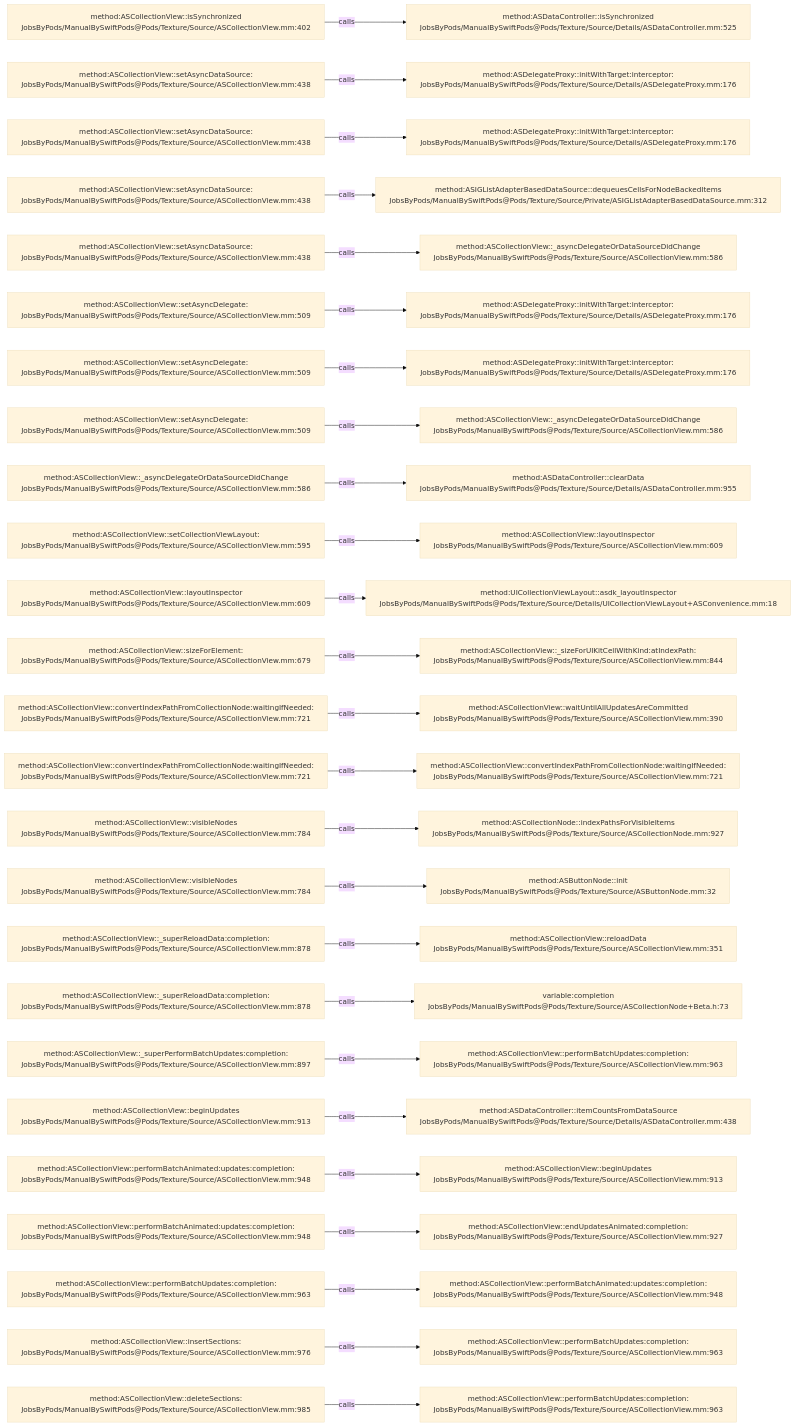
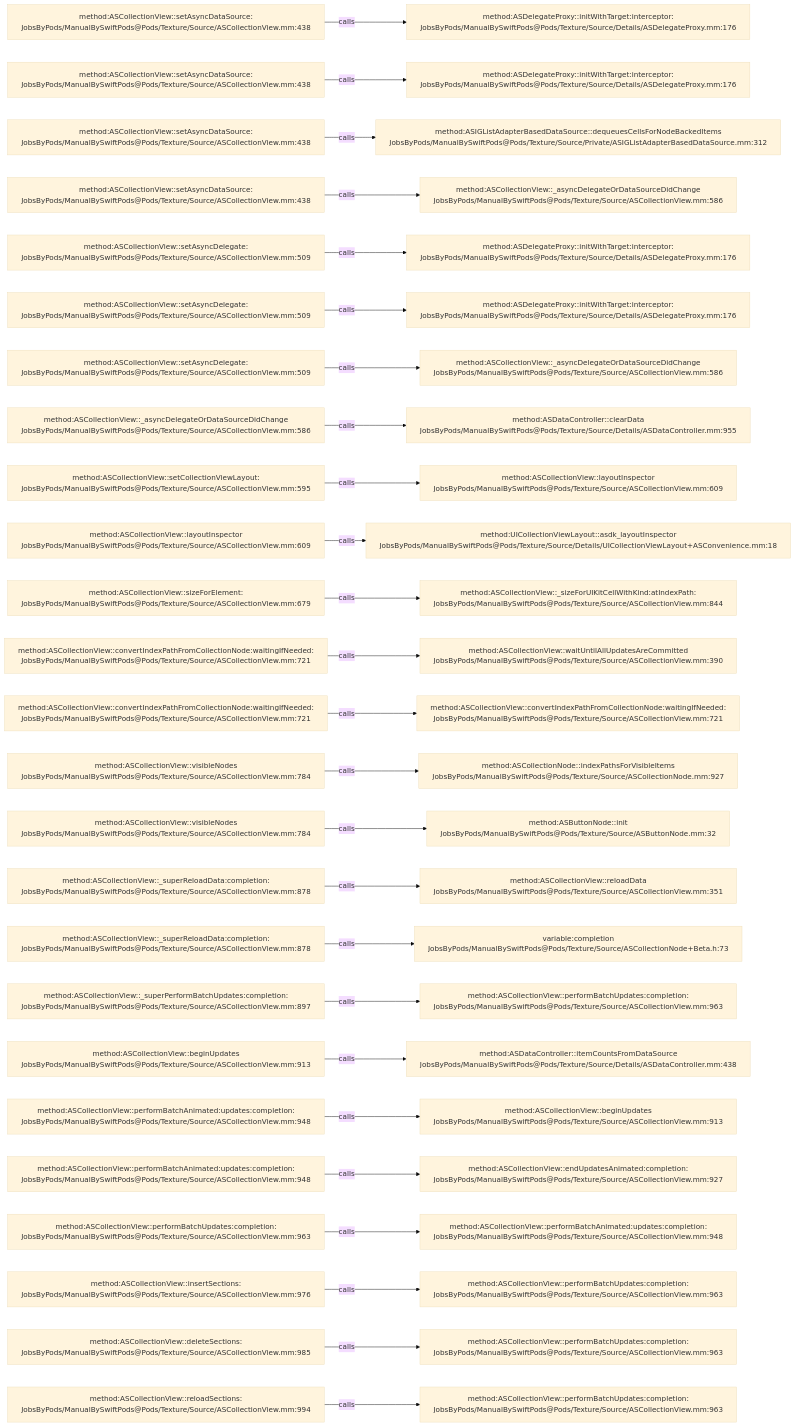
One commit to JobsKits/JobsSwiftBaseConfigDemo changed the diagram in .codegraph/codegraph.md/graphs/calls-011.md. Above: the diagram before and after it, drawn with Mermaid (base theme). The commit also changed 747 other files, not shown here.

````diff
--- a/.codegraph/codegraph.md/graphs/calls-011.md
+++ b/.codegraph/codegraph.md/graphs/calls-011.md
@@ -13,78 +13,78 @@
 ```mermaid
 flowchart LR
-  S1["method:ASCollectionView::isSynchronized<br/>JobsByPods/ManualBySwiftPods@Pods/Texture/Source/ASCollectionView.mm:402"]
-  T1["method:ASDataController::isSynchronized<br/>JobsByPods/ManualBySwiftPods@Pods/Texture/Source/Details/ASDataController.mm:525"]
+  S1["method:ASCollectionView::setAsyncDataSource:<br/>JobsByPods/ManualBySwiftPods@Pods/Texture/Source/ASCollectionView.mm:438"]
+  T1["method:ASDelegateProxy::initWithTarget:interceptor:<br/>JobsByPods/ManualBySwiftPods@Pods/Texture/Source/Details/ASDelegateProxy.mm:176"]
   S1 -->|calls| T1
   S2["method:ASCollectionView::setAsyncDataSource:<br/>JobsByPods/ManualBySwiftPods@Pods/Texture/Source/ASCollectionView.mm:438"]
   T2["method:ASDelegateProxy::initWithTarget:interceptor:<br/>JobsByPods/ManualBySwiftPods@Pods/Texture/Source/Details/ASDelegateProxy.mm:176"]
   S2 -->|calls| T2
   S3["method:ASCollectionView::setAsyncDataSource:<br/>JobsByPods/ManualBySwiftPods@Pods/Texture/Source/ASCollectionView.mm:438"]
-  T3["method:ASDelegateProxy::initWithTarget:interceptor:<br/>JobsByPods/ManualBySwiftPods@Pods/Texture/Source/Details/ASDelegateProxy.mm:176"]
+  T3["method:ASIGListAdapterBasedDataSource::dequeuesCellsForNodeBackedItems<br/>JobsByPods/ManualBySwiftPods@Pods/Texture/Source/Private/ASIGListAdapterBasedDataSource.mm:312"]
   S3 -->|calls| T3
   S4["method:ASCollectionView::setAsyncDataSource:<br/>JobsByPods/ManualBySwiftPods@Pods/Texture/Source/ASCollectionView.mm:438"]
-  T4["method:ASIGListAdapterBasedDataSource::dequeuesCellsForNodeBackedItems<br/>JobsByPods/ManualBySwiftPods@Pods/Texture/Source/Private/ASIGListAdapterBasedDataSource.mm:312"]
+  T4["method:ASCollectionView::_asyncDelegateOrDataSourceDidChange<br/>JobsByPods/ManualBySwiftPods@Pods/Texture/Source/ASCollectionView.mm:586"]
   S4 -->|calls| T4
-  S5["method:ASCollectionView::setAsyncDataSource:<br/>JobsByPods/ManualBySwiftPods@Pods/Texture/Source/ASCollectionView.mm:438"]
-  T5["method:ASCollectionView::_asyncDelegateOrDataSourceDidChange<br/>JobsByPods/ManualBySwiftPods@Pods/Texture/Source/ASCollectionView.mm:586"]
+  S5["method:ASCollectionView::setAsyncDelegate:<br/>JobsByPods/ManualBySwiftPods@Pods/Texture/Source/ASCollectionView.mm:509"]
+  T5["method:ASDelegateProxy::initWithTarget:interceptor:<br/>JobsByPods/ManualBySwiftPods@Pods/Texture/Source/Details/ASDelegateProxy.mm:176"]
   S5 -->|calls| T5
   S6["method:ASCollectionView::setAsyncDelegate:<br/>JobsByPods/ManualBySwiftPods@Pods/Texture/Source/ASCollectionView.mm:509"]
   T6["method:ASDelegateProxy::initWithTarget:interceptor:<br/>JobsByPods/ManualBySwiftPods@Pods/Texture/Source/Details/ASDelegateProxy.mm:176"]
   S6 -->|calls| T6
   S7["method:ASCollectionView::setAsyncDelegate:<br/>JobsByPods/ManualBySwiftPods@Pods/Texture/Source/ASCollectionView.mm:509"]
-  T7["method:ASDelegateProxy::initWithTarget:interceptor:<br/>JobsByPods/ManualBySwiftPods@Pods/Texture/Source/Details/ASDelegateProxy.mm:176"]
+  T7["method:ASCollectionView::_asyncDelegateOrDataSourceDidChange<br/>JobsByPods/ManualBySwiftPods@Pods/Texture/Source/ASCollectionView.mm:586"]
   S7 -->|calls| T7
-  S8["method:ASCollectionView::setAsyncDelegate:<br/>JobsByPods/ManualBySwiftPods@Pods/Texture/Source/ASCollectionView.mm:509"]
-  T8["method:ASCollectionView::_asyncDelegateOrDataSourceDidChange<br/>JobsByPods/ManualBySwiftPods@Pods/Texture/Source/ASCollectionView.mm:586"]
+  S8["method:ASCollectionView::_asyncDelegateOrDataSourceDidChange<br/>JobsByPods/ManualBySwiftPods@Pods/Texture/Source/ASCollectionView.mm:586"]
+  T8["method:ASDataController::clearData<br/>JobsByPods/ManualBySwiftPods@Pods/Texture/Source/Details/ASDataController.mm:955"]
   S8 -->|calls| T8
-  S9["method:ASCollectionView::_asyncDelegateOrDataSourceDidChange<br/>JobsByPods/ManualBySwiftPods@Pods/Texture/Source/ASCollectionView.mm:586"]
-  T9["method:ASDataController::clearData<br/>JobsByPods/ManualBySwiftPods@Pods/Texture/Source/Details/ASDataController.mm:955"]
+  S9["method:ASCollectionView::setCollectionViewLayout:<br/>JobsByPods/ManualBySwiftPods@Pods/Texture/Source/ASCollectionView.mm:595"]
+  T9["method:ASCollectionView::layoutInspector<br/>JobsByPods/ManualBySwiftPods@Pods/Texture/Source/ASCollectionView.mm:609"]
   S9 -->|calls| T9
-  S10["method:ASCollectionView::setCollectionViewLayout:<br/>JobsByPods/ManualBySwiftPods@Pods/Texture/Source/ASCollectionView.mm:595"]
-  T10["method:ASCollectionView::layoutInspector<br/>JobsByPods/ManualBySwiftPods@Pods/Texture/Source/ASCollectionView.mm:609"]
+  S10["method:ASCollectionView::layoutInspector<br/>JobsByPods/ManualBySwiftPods@Pods/Texture/Source/ASCollectionView.mm:609"]
+  T10["method:UICollectionViewLayout::asdk_layoutInspector<br/>JobsByPods/ManualBySwiftPods@Pods/Texture/Source/Details/UICollectionViewLayout+ASConvenience.mm:18"]
   S10 -->|calls| T10
-  S11["method:ASCollectionView::layoutInspector<br/>JobsByPods/ManualBySwiftPods@Pods/Texture/Source/ASCollectionView.mm:609"]
-  T11["method:UICollectionViewLayout::asdk_layoutInspector<br/>JobsByPods/ManualBySwiftPods@Pods/Texture/Source/Details/UICollectionViewLayout+ASConvenience.mm:18"]
+  S11["method:ASCollectionView::sizeForElement:<br/>JobsByPods/ManualBySwiftPods@Pods/Texture/Source/ASCollectionView.mm:679"]
+  T11["method:ASCollectionView::_sizeForUIKitCellWithKind:atIndexPath:<br/>JobsByPods/ManualBySwiftPods@Pods/Texture/Source/ASCollectionView.mm:844"]
   S11 -->|calls| T11
-  S12["method:ASCollectionView::sizeForElement:<br/>JobsByPods/ManualBySwiftPods@Pods/Texture/Source/ASCollectionView.mm:679"]
-  T12["method:ASCollectionView::_sizeForUIKitCellWithKind:atIndexPath:<br/>JobsByPods/ManualBySwiftPods@Pods/Texture/Source/ASCollectionView.mm:844"]
+  S12["method:ASCollectionView::convertIndexPathFromCollectionNode:waitingIfNeeded:<br/>JobsByPods/ManualBySwiftPods@Pods/Texture/Source/ASCollectionView.mm:721"]
+  T12["method:ASCollectionView::waitUntilAllUpdatesAreCommitted<br/>JobsByPods/ManualBySwiftPods@Pods/Texture/Source/ASCollectionView.mm:390"]
   S12 -->|calls| T12
   S13["method:ASCollectionView::convertIndexPathFromCollectionNode:waitingIfNeeded:<br/>JobsByPods/ManualBySwiftPods@Pods/Texture/Source/ASCollectionView.mm:721"]
-  T13["method:ASCollectionView::waitUntilAllUpdatesAreCommitted<br/>JobsByPods/ManualBySwiftPods@Pods/Texture/Source/ASCollectionView.mm:390"]
+  T13["method:ASCollectionView::convertIndexPathFromCollectionNode:waitingIfNeeded:<br/>JobsByPods/ManualBySwiftPods@Pods/Texture/Source/ASCollectionView.mm:721"]
   S13 -->|calls| T13
-  S14["method:ASCollectionView::convertIndexPathFromCollectionNode:waitingIfNeeded:<br/>JobsByPods/ManualBySwiftPods@Pods/Texture/Source/ASCollectionView.mm:721"]
-  T14["method:ASCollectionView::convertIndexPathFromCollectionNode:waitingIfNeeded:<br/>JobsByPods/ManualBySwiftPods@Pods/Texture/Source/ASCollectionView.mm:721"]
+  S14["method:ASCollectionView::visibleNodes<br/>JobsByPods/ManualBySwiftPods@Pods/Texture/Source/ASCollectionView.mm:784"]
+  T14["method:ASCollectionNode::indexPathsForVisibleItems<br/>JobsByPods/ManualBySwiftPods@Pods/Texture/Source/ASCollectionNode.mm:927"]
   S14 -->|calls| T14
   S15["method:ASCollectionView::visibleNodes<br/>JobsByPods/ManualBySwiftPods@Pods/Texture/Source/ASCollectionView.mm:784"]
-  T15["method:ASCollectionNode::indexPathsForVisibleItems<br/>JobsByPods/ManualBySwiftPods@Pods/Texture/Source/ASCollectionNode.mm:927"]
+  T15["method:ASButtonNode::init<br/>JobsByPods/ManualBySwiftPods@Pods/Texture/Source/ASButtonNode.mm:32"]
   S15 -->|calls| T15
-  S16["method:ASCollectionView::visibleNodes<br/>JobsByPods/ManualBySwiftPods@Pods/Texture/Source/ASCollectionView.mm:784"]
-  T16["method:ASButtonNode::init<br/>JobsByPods/ManualBySwiftPods@Pods/Texture/Source/ASButtonNode.mm:32"]
+  S16["method:ASCollectionView::_superReloadData:completion:<br/>JobsByPods/ManualBySwiftPods@Pods/Texture/Source/ASCollectionView.mm:878"]
+  T16["method:ASCollectionView::reloadData<br/>JobsByPods/ManualBySwiftPods@Pods/Texture/Source/ASCollectionView.mm:351"]
   S16 -->|calls| T16
   S17["method:ASCollectionView::_superReloadData:completion:<br/>JobsByPods/ManualBySwiftPods@Pods/Texture/Source/ASCollectionView.mm:878"]
-  T17["method:ASCollectionView::reloadData<br/>JobsByPods/ManualBySwiftPods@Pods/Texture/Source/ASCollectionView.mm:351"]
+  T17["variable:completion<br/>JobsByPods/ManualBySwiftPods@Pods/Texture/Source/ASCollectionNode+Beta.h:73"]
   S17 -->|calls| T17
-  S18["method:ASCollectionView::_superReloadData:completion:<br/>JobsByPods/ManualBySwiftPods@Pods/Texture/Source/ASCollectionView.mm:878"]
-  T18["variable:completion<br/>JobsByPods/ManualBySwiftPods@Pods/Texture/Source/ASCollectionNode+Beta.h:73"]
+  S18["method:ASCollectionView::_superPerformBatchUpdates:completion:<br/>JobsByPods/ManualBySwiftPods@Pods/Texture/Source/ASCollectionView.mm:897"]
+  T18["method:ASCollectionView::performBatchUpdates:completion:<br/>JobsByPods/ManualBySwiftPods@Pods/Texture/Source/ASCollectionView.mm:963"]
   S18 -->|calls| T18
-  S19["method:ASCollectionView::_superPerformBatchUpdates:completion:<br/>JobsByPods/ManualBySwiftPods@Pods/Texture/Source/ASCollectionView.mm:897"]
-  T19["method:ASCollectionView::performBatchUpdates:completion:<br/>JobsByPods/ManualBySwiftPods@Pods/Texture/Source/ASCollectionView.mm:963"]
+  S19["method:ASCollectionView::beginUpdates<br/>JobsByPods/ManualBySwiftPods@Pods/Texture/Source/ASCollectionView.mm:913"]
+  T19["method:ASDataController::itemCountsFromDataSource<br/>JobsByPods/ManualBySwiftPods@Pods/Texture/Source/Details/ASDataController.mm:438"]
   S19 -->|calls| T19
-  S20["method:ASCollectionView::beginUpdates<br/>JobsByPods/ManualBySwiftPods@Pods/Texture/Source/ASCollectionView.mm:913"]
-  T20["method:ASDataController::itemCountsFromDataSource<br/>JobsByPods/ManualBySwiftPods@Pods/Texture/Source/Details/ASDataController.mm:438"]
+  S20["method:ASCollectionView::performBatchAnimated:updates:completion:<br/>JobsByPods/ManualBySwiftPods@Pods/Texture/Source/ASCollectionView.mm:948"]
+  T20["method:ASCollectionView::beginUpdates<br/>JobsByPods/ManualBySwiftPods@Pods/Texture/Source/ASCollectionView.mm:913"]
   S20 -->|calls| T20
   S21["method:ASCollectionView::performBatchAnimated:updates:completion:<br/>JobsByPods/ManualBySwiftPods@Pods/Texture/Source/ASCollectionView.mm:948"]
-  T21["method:ASCollectionView::beginUpdates<br/>JobsByPods/ManualBySwiftPods@Pods/Texture/Source/ASCollectionView.mm:913"]
+  T21["method:ASCollectionView::endUpdatesAnimated:completion:<br/>JobsByPods/ManualBySwiftPods@Pods/Texture/Source/ASCollectionView.mm:927"]
   S21 -->|calls| T21
-  S22["method:ASCollectionView::performBatchAnimated:updates:completion:<br/>JobsByPods/ManualBySwiftPods@Pods/Texture/Source/ASCollectionView.mm:948"]
-  T22["method:ASCollectionView::endUpdatesAnimated:completion:<br/>JobsByPods/ManualBySwiftPods@Pods/Texture/Source/ASCollectionView.mm:927"]
+  S22["method:ASCollectionView::performBatchUpdates:completion:<br/>JobsByPods/ManualBySwiftPods@Pods/Texture/Source/ASCollectionView.mm:963"]
+  T22["method:ASCollectionView::performBatchAnimated:updates:completion:<br/>JobsByPods/ManualBySwiftPods@Pods/Texture/Source/ASCollectionView.mm:948"]
   S22 -->|calls| T22
-  S23["method:ASCollectionView::performBatchUpdates:completion:<br/>JobsByPods/ManualBySwiftPods@Pods/Texture/Source/ASCollectionView.mm:963"]
-  T23["method:ASCollectionView::performBatchAnimated:updates:completion:<br/>JobsByPods/ManualBySwiftPods@Pods/Texture/Source/ASCollectionView.mm:948"]
+  S23["method:ASCollectionView::insertSections:<br/>JobsByPods/ManualBySwiftPods@Pods/Texture/Source/ASCollectionView.mm:976"]
+  T23["method:ASCollectionView::performBatchUpdates:completion:<br/>JobsByPods/ManualBySwiftPods@Pods/Texture/Source/ASCollectionView.mm:963"]
   S23 -->|calls| T23
-  S24["method:ASCollectionView::insertSections:<br/>JobsByPods/ManualBySwiftPods@Pods/Texture/Source/ASCollectionView.mm:976"]
+  S24["method:ASCollectionView::deleteSections:<br/>JobsByPods/ManualBySwiftPods@Pods/Texture/Source/ASCollectionView.mm:985"]
   T24["method:ASCollectionView::performBatchUpdates:completion:<br/>JobsByPods/ManualBySwiftPods@Pods/Texture/Source/ASCollectionView.mm:963"]
   S24 -->|calls| T24
-  S25["method:ASCollectionView::deleteSections:<br/>JobsByPods/ManualBySwiftPods@Pods/Texture/Source/ASCollectionView.mm:985"]
+  S25["method:ASCollectionView::reloadSections:<br/>JobsByPods/ManualBySwiftPods@Pods/Texture/Source/ASCollectionView.mm:994"]
   T25["method:ASCollectionView::performBatchUpdates:completion:<br/>JobsByPods/ManualBySwiftPods@Pods/Texture/Source/ASCollectionView.mm:963"]
   S25 -->|calls| T25
 ```
````
